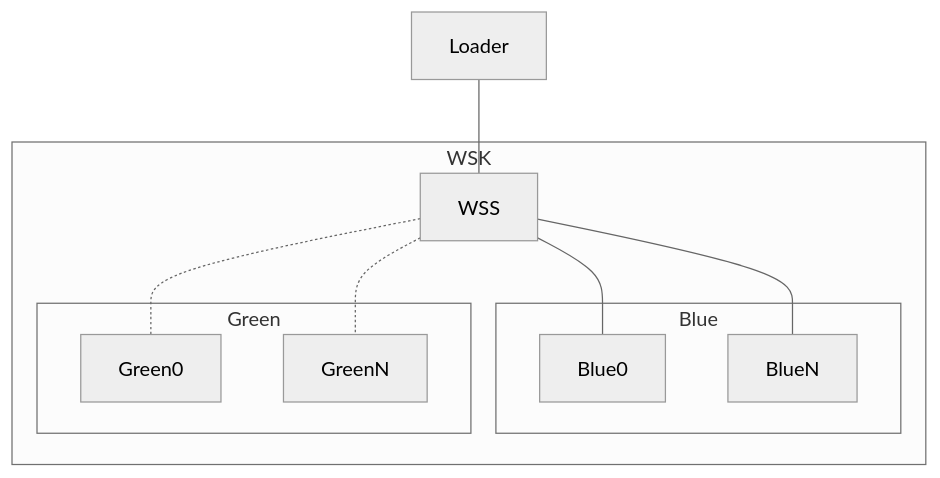
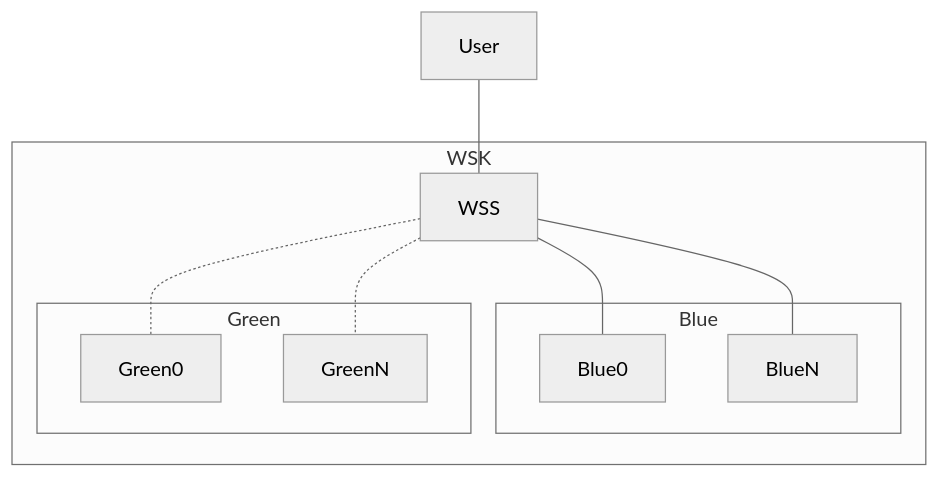
One commit to rik-howard/eg-web-server changed the second of 4 diagrams in kluster/README.md. Above: the diagram before and after it, drawn with Mermaid (neutral theme). The commit also changed other lines of this file and 18 other files, not shown here.

````diff
--- a/kluster/README.md
+++ b/kluster/README.md
@@ -114,20 +150,20 @@
 ```mermaid
 graph TD
-    Loader
-    Loader --- WSS
+    User
+    User --- WSS
     subgraph WSK
         WSS
         WSS --- Blue0
         WSS --- BlueN
         WSS -.- Green0
         WSS -.- GreenN
         subgraph Blue
             Blue0
             BlueN
         end
         subgraph Green
             Green0
             GreenN
         end
     end
 ```
````
